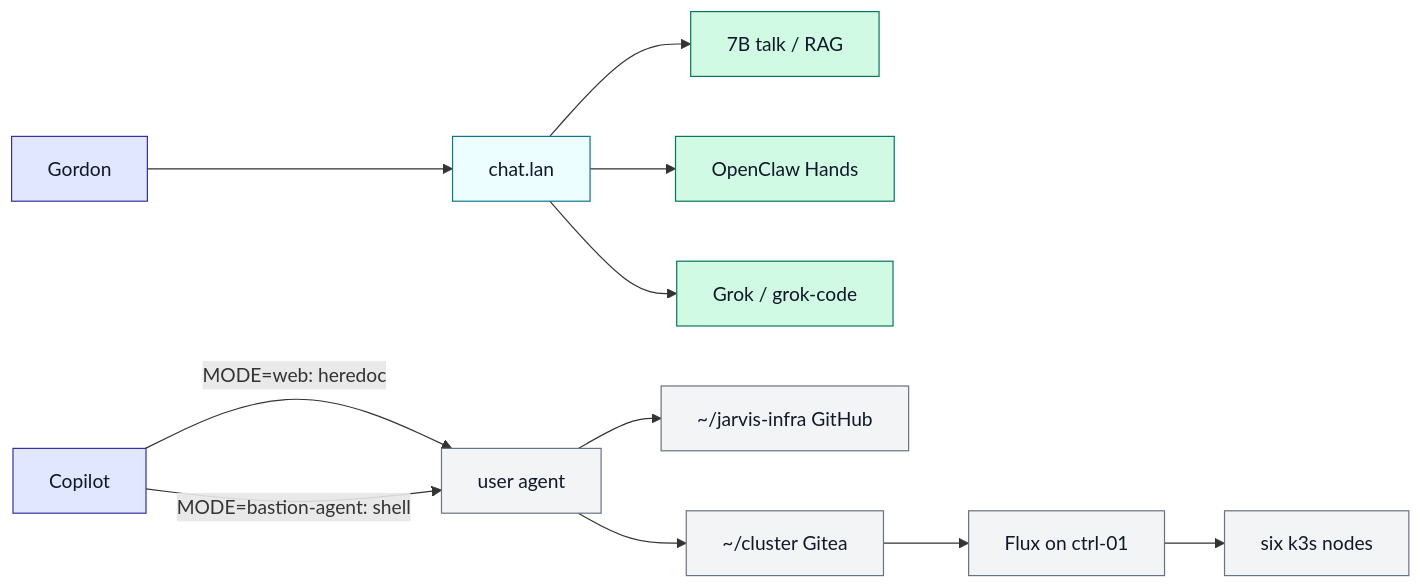
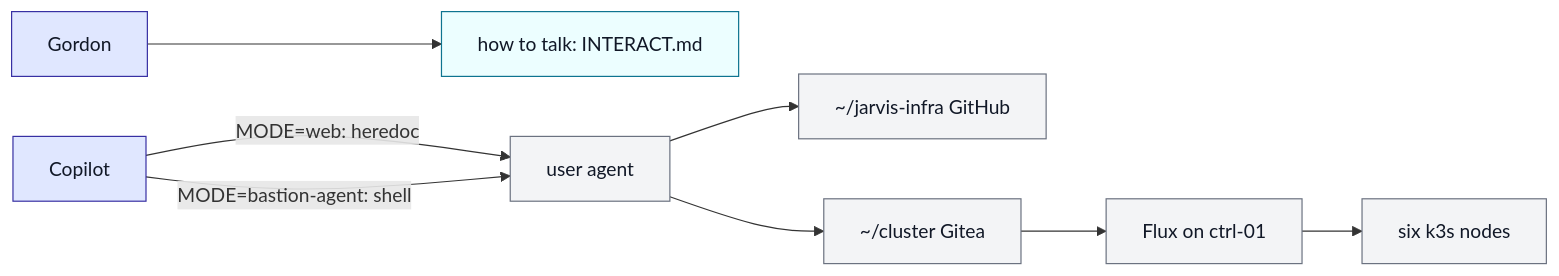
Before and after one commit to gordoncooper/jarvis-infra: the first of 8 diagrams in README.md, drawn with Mermaid. The commit also changed other lines of this file and 1 other file, not shown here.

````diff
--- a/README.md
+++ b/README.md
@@ -61,23 +45,19 @@
 ```mermaid
 flowchart LR
   classDef human fill:#e0e7ff,stroke:#3730a3,color:#111827
   classDef glass fill:#ecfeff,stroke:#0e7490,color:#111827
   classDef brain fill:#d1fae5,stroke:#047857,color:#111827
   classDef ops fill:#f3f4f6,stroke:#6b7280,color:#111827
 
-  G["Gordon"] --> Chat["chat.lan"]
-  Chat --> Local["7B talk / RAG"]
-  Chat --> Hands["OpenClaw Hands"]
-  Chat --> Grok["Grok / grok-code"]
+  G["Gordon"] --> I["how to talk: INTERACT.md"]
   C["Copilot"] -->|"MODE=web: heredoc"| A["user agent"]
   C -->|"MODE=bastion-agent: shell"| A
   A --> Infra["~/jarvis-infra GitHub"]
   A --> Y["~/cluster Gitea"]
   Y --> Flux["Flux on ctrl-01"]
   Flux --> Nodes["six k3s nodes"]
 
   class G,C human
-  class Chat glass
-  class Local,Hands,Grok brain
+  class I glass
   class A,Infra,Y,Flux,Nodes ops
 ```
````
